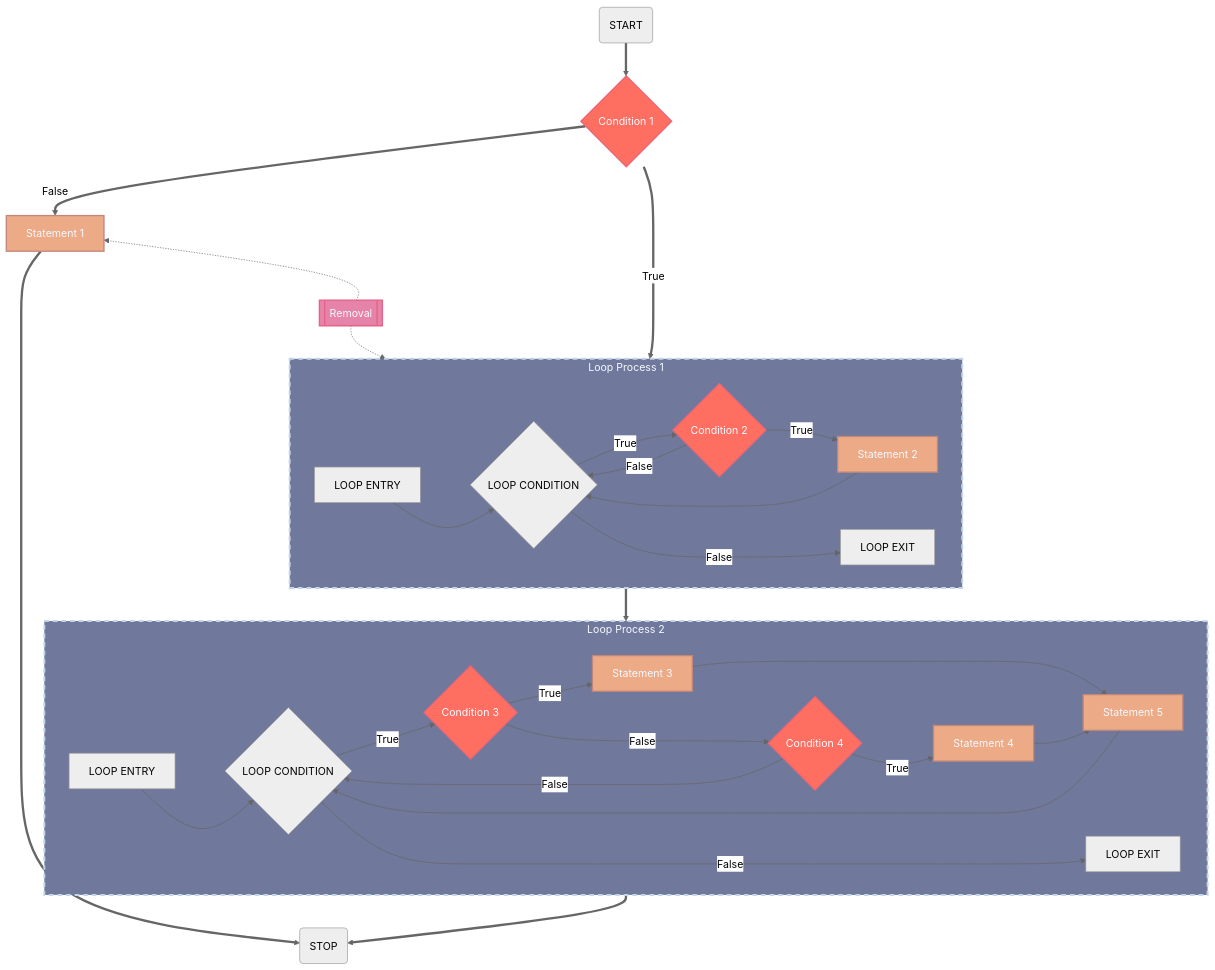
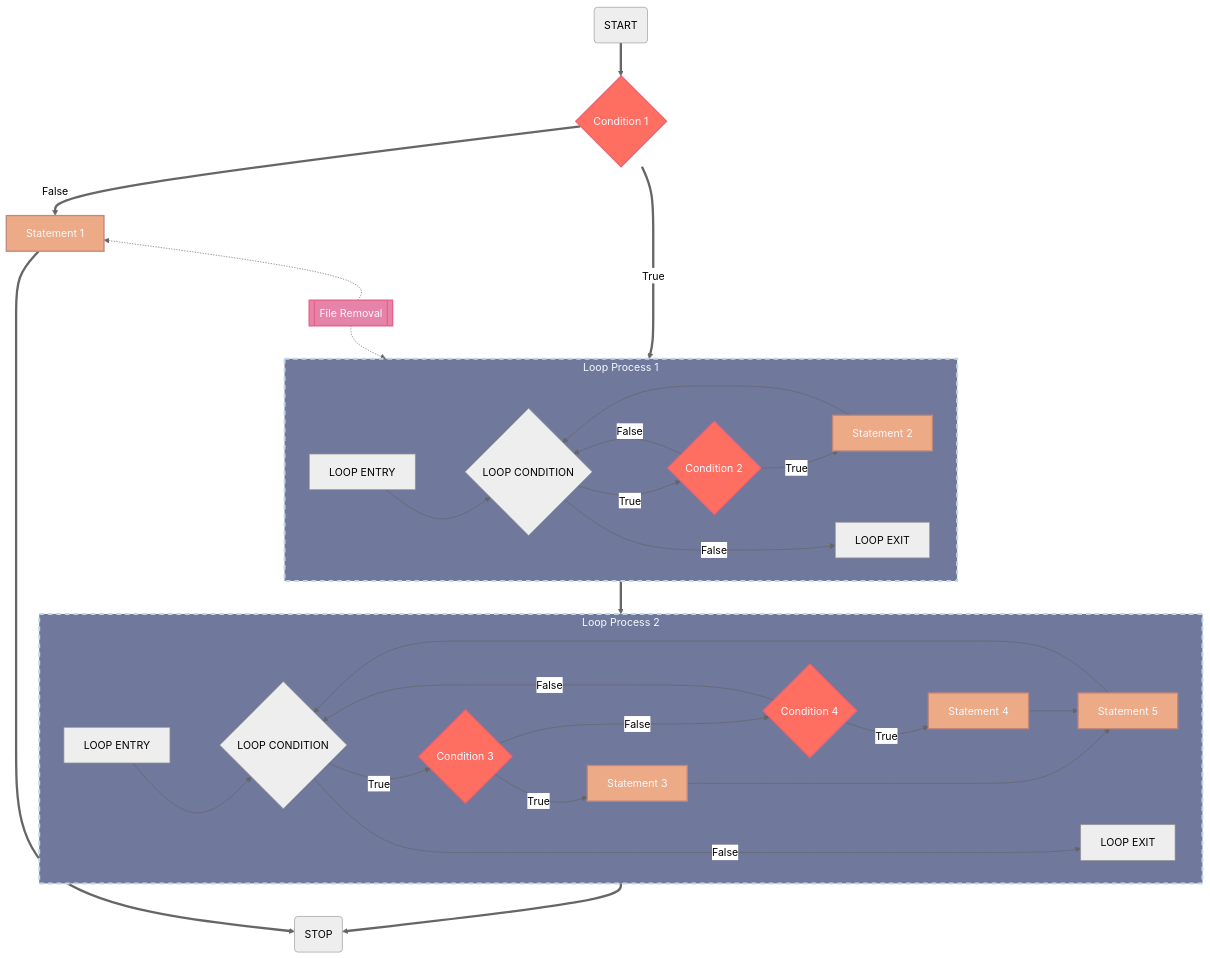
One commit to RaphaelZH/OpenCV_Program_EN changed the diagram in README.md. Above: the diagram before and after it, drawn with Mermaid (neutral theme). The commit also changed other lines of this file, not shown here.

````diff
--- a/README.md
+++ b/README.md
@@ -5,73 +5,76 @@
 ```mermaid
 %% Pantone / PMS 16-1546 TCX / Living Coral / #ff6f61 Hex Code Couleur
 %% Pantone / PMS 17-1736 TCX / Sun Kissed Coral / #ea6676 Hex Code Couleur
 
 %% Pantone / PMS 14-1224 TCX / Coral Sands / #edaa86 Hex Code Couleur
 %% Pantone / PMS 16-1522 TCX / Rose Dawn / #c2877b Hex Code Couleur
 
 %% Pantone / PMS 15-2217 TPG / Aurora Pink / #e683a9 Hex Color Code
 %% Pantone / PMS 17-1937 TPG / Hot Pink / #e86288 Hex Color Code
 
 %% Pantone / PMS 17-3922 TCX / Blue Ice / #70789b Hex Color Code
 %% Pantone / PMS 13-4202 TPG / Ice Water / #c1d6ea Hex Color Code
 
 %% Pantone / PMS 11-0601 TCX / Bright White / #f4f9ff Hex Color Code
 
 flowchart TB
     classDef decision_symbol fill: #ff6f61, stroke: #ea6676, stroke-width: 2px, color: #f4f9ff
+
     classDef process_symbol fill: #edaa86, stroke: #c2877b, stroke-width: 2px, color: #f4f9ff
+
     classDef predefined_process_symbol fill: #e683a9, stroke: #e86288, stroke-width: 2px, color: #f4f9ff
+
     classDef someclass_3 fill: #70789b, stroke: #c1d6ea, stroke-width: 3px, color: #f4f9ff, stroke-dasharray: 7 6
-    
-    A(START)
-    B{Condition 1}:::decision_symbol
-    C[Statement 1]:::process_symbol
-    D(STOP)
-
-    X[[Removal]]:::predefined_process_symbol
 
     subgraph LOOP_1[Loop Process 1]
         LOOP_1_A[LOOP ENTRY]
         LOOP_1_B{LOOP CONDITION}
         LOOP_1_C{Condition 2}:::decision_symbol
         LOOP_1_D[Statement 2]:::process_symbol
         LOOP_1_E[LOOP EXIT]
 
-        LOOP_1_A ~~~ LOOP_1_B ~~~ LOOP_1_C ~~~ LOOP_1_D
-        LOOP_1_C ~~~ LOOP_1_E
-
         direction LR
             LOOP_1_A --> LOOP_1_B -- True --> LOOP_1_C -- True --> LOOP_1_D --> LOOP_1_B
             LOOP_1_C -- False --> LOOP_1_B -- False --> LOOP_1_E
+
+        LOOP_1_A ~~~ LOOP_1_B ~~~ LOOP_1_C ~~~ LOOP_1_D
+        LOOP_1_C ~~~ LOOP_1_E 
     end
 
     subgraph LOOP_2[Loop Process 2]
         LOOP_2_A[LOOP ENTRY]
         LOOP_2_B{LOOP CONDITION}
         LOOP_2_C{Condition 3}:::decision_symbol
         LOOP_2_D[Statement 3]:::process_symbol
         LOOP_2_E{Condition 4}:::decision_symbol
         LOOP_2_F[Statement 4]:::process_symbol
         LOOP_2_G[Statement 5]:::process_symbol
         LOOP_2_H[LOOP EXIT]
 
-        LOOP_2_A ~~~ LOOP_2_B ~~~ LOOP_2_C ~~~ LOOP_2_D ~~~ LOOP_2_E ~~~ LOOP_2_F ~~~ LOOP_2_G
-        LOOP_2_F ~~~ LOOP_2_H
-
         direction LR
             LOOP_2_A --> LOOP_2_B -- True --> LOOP_2_C -- True --> LOOP_2_D --> LOOP_2_G --> LOOP_2_B
             LOOP_2_C -- False--> LOOP_2_E -- True --> LOOP_2_F --> LOOP_2_G
             LOOP_2_E -- False --> LOOP_2_B -- False --> LOOP_2_H
+
+        LOOP_2_A ~~~ LOOP_2_B ~~~ LOOP_2_C ~~~ LOOP_2_D ~~~ LOOP_2_E ~~~ LOOP_2_F ~~~ LOOP_2_G
+        LOOP_2_F ~~~ LOOP_2_H
+
     end
 
     LOOP_1:::someclass_3
     LOOP_2:::someclass_3
 
+    A(START)
+    B{Condition 1}:::decision_symbol
+    C[Statement 1]:::process_symbol
+    D(STOP)
+
+    X[[File Removal]]:::predefined_process_symbol
+
     A ==> B == True ==> LOOP_1 ==> LOOP_2 ==> D
     B == False ==> C ==> D
+    X -.-> C
+    X -.-> LOOP_1
 
     C ~~~ X
-    
-    X -.-> C
-    X -.-> LOOP_1
 ```
````
